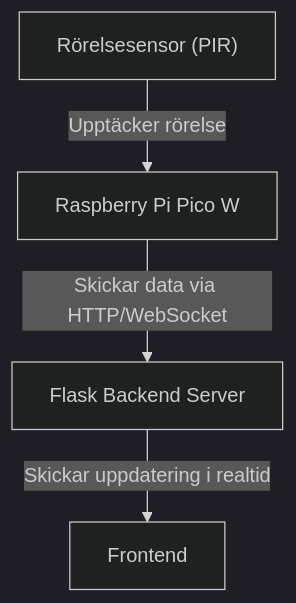
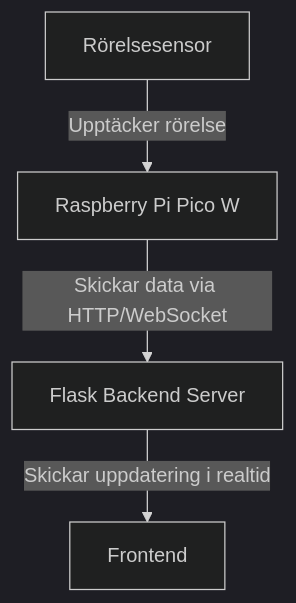
The diagram in README.md (PhilipSamuelsson/hemlarm), drawn with Mermaid (dark theme) before and after one commit.

````diff
--- a/README.md
+++ b/README.md
@@ -1,6 +1,6 @@
 ```mermaid
 graph TD;
-    PIR["Rörelsesensor (PIR)"] -->|"Upptäcker rörelse"| Pico["Raspberry Pi Pico W"];
+    PIR["Rörelsesensor"] -->|"Upptäcker rörelse"| Pico["Raspberry Pi Pico W"];
     Pico -->|"Skickar data via HTTP/WebSocket"| Flask["Flask Backend Server"];
     Flask -->|"Skickar uppdatering i realtid"| Frontend["Frontend"];
 ```
````
